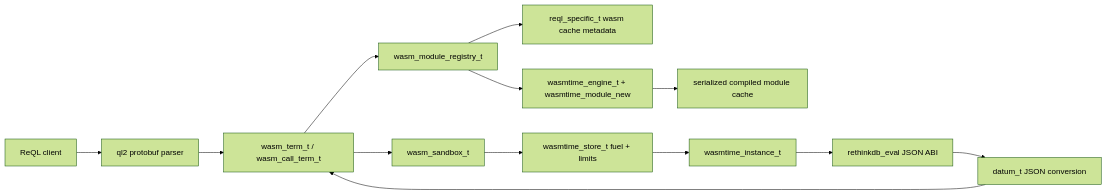
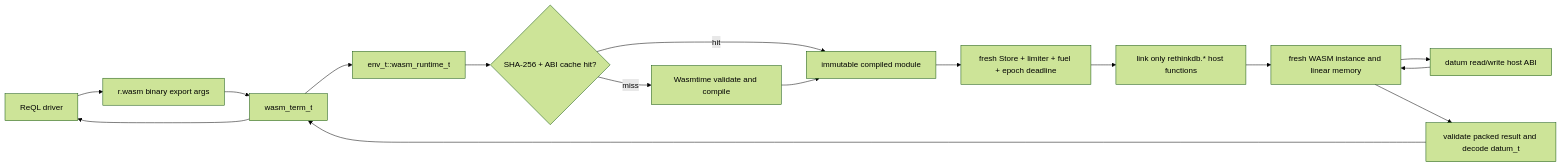
Before and after one commit to totalwindupflightsystems/rethinkdb: the first of 2 diagrams in .coding-hermes/specs/phase3-wasm-udf.md, drawn with Mermaid (forest theme). The commit also changed other lines of this file, not shown here.

Commit message:
chore: mark WASM UDF sandbox spec complete — all 4 batch-2 specs done

````diff
--- a/.coding-hermes/specs/phase3-wasm-udf.md
+++ b/.coding-hermes/specs/phase3-wasm-udf.md
@@ -29,15 +35,18 @@
 ```mermaid
 flowchart LR
-    Client[ReQL client] --> Parser[ql2 protobuf parser]
-    Parser --> Term[wasm_term_t / wasm_call_term_t]
-    Term --> Registry[wasm_module_registry_t]
-    Registry --> Metadata[reql_specific_t wasm cache metadata]
-    Registry --> Compiler[wasmtime_engine_t + wasmtime_module_new]
-    Compiler --> Cache[serialized compiled module cache]
-    Term --> Sandbox[wasm_sandbox_t]
-    Sandbox --> Store[wasmtime_store_t fuel + limits]
-    Store --> Instance[wasmtime_instance_t]
-    Instance --> ABI[rethinkdb_eval JSON ABI]
-    ABI --> Convert[datum_t JSON conversion]
-    Convert --> Term
+    C[ReQL driver] --> T[r.wasm binary export args]
+    T --> W[wasm_term_t]
+    W --> R[env_t::wasm_runtime_t]
+    R --> K{SHA-256 + ABI cache hit?}
+    K -- miss --> V[Wasmtime validate and compile]
+    K -- hit --> M[immutable compiled module]
+    V --> M
+    M --> S[fresh Store + limiter + fuel + epoch deadline]
+    S --> L[link only rethinkdb.* host functions]
+    L --> I[fresh WASM instance and linear memory]
+    I --> H[datum read/write host ABI]
+    H --> I
+    I --> D[validate packed result and decode datum_t]
+    D --> W
+    W --> C
 ```
````
